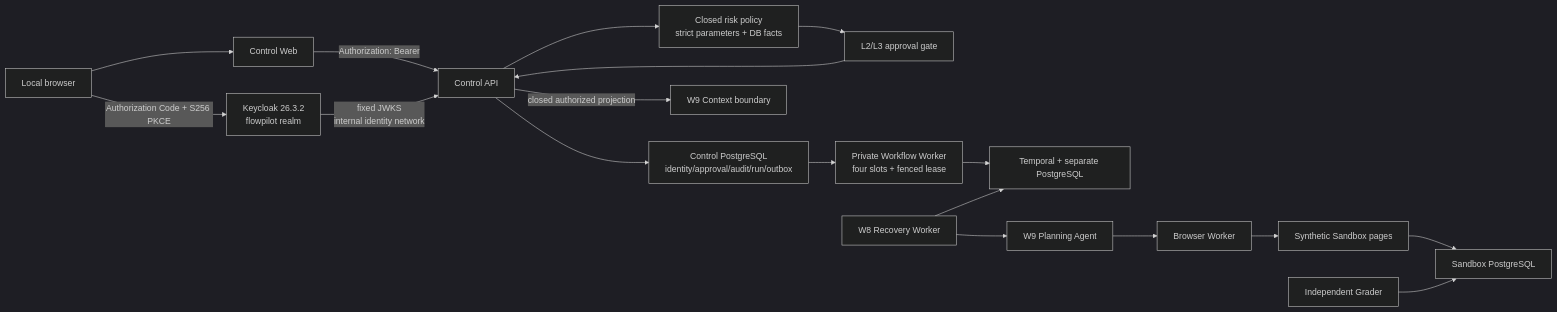
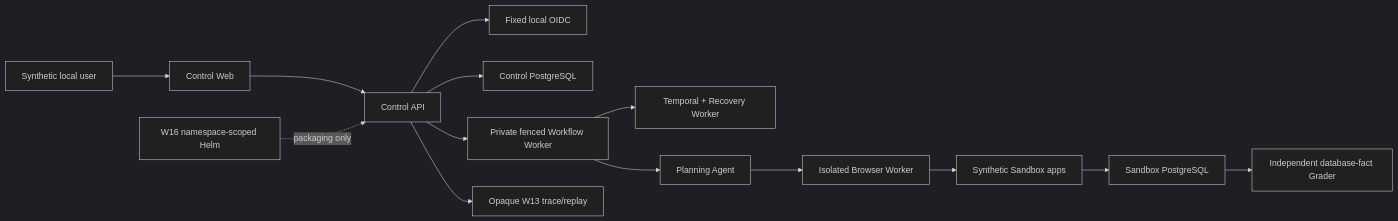
One commit to taka-wzx/flowpilot-arena changed the diagram in docs/architecture.md. Above: the diagram before and after it, drawn with Mermaid (dark theme). The commit also changed other lines of this file and 30 other files, not shown here.

```diff
--- a/docs/architecture.md
+++ b/docs/architecture.md
@@ -15,20 +7,16 @@
 ~~~mermaid
 flowchart LR
-    Human["Local browser"] -->|"Authorization Code + S256 PKCE"| KC["Keycloak 26.3.2\nflowpilot realm"]
-    Human --> CW["Control Web"]
-    CW -->|"Authorization: Bearer"| CA["Control API"]
-    KC -->|"fixed JWKS\ninternal identity network"| CA
-    CA --> Risk["Closed risk policy\nstrict parameters + DB facts"]
-    Risk --> Approval["L2/L3 approval gate"]
-    Approval --> CA
-    CA --> CPDB["Control PostgreSQL\nidentity/approval/audit/run/outbox"]
-    CPDB --> WW["Private Workflow Worker\nfour slots + fenced lease"]
-    WW --> Temporal["Temporal + separate PostgreSQL"]
-    CA -->|"closed authorized projection"| Context["W9 Context boundary"]
-    Recovery["W8 Recovery Worker"] --> Planning["W9 Planning Agent"]
-    Planning --> Browser["Browser Worker"]
-    Browser --> Web["Synthetic Sandbox pages"]
-    Web --> SDB["Sandbox PostgreSQL"]
-    Grader["Independent Grader"] --> SDB
-    Recovery --> Temporal
+  User["Synthetic local user"] --> ControlWeb["Control Web"]
+  ControlWeb --> ControlAPI["Control API"]
+  ControlAPI --> Identity["Fixed local OIDC"]
+  ControlAPI --> ControlDB["Control PostgreSQL"]
+  ControlAPI --> Worker["Private fenced Workflow Worker"]
+  Worker --> Temporal["Temporal + Recovery Worker"]
+  Worker --> Planner["Planning Agent"]
+  Planner --> Browser["Isolated Browser Worker"]
+  Browser --> Sandbox["Synthetic Sandbox apps"]
+  Sandbox --> SandboxDB["Sandbox PostgreSQL"]
+  SandboxDB --> Grader["Independent database-fact Grader"]
+  ControlAPI --> Trace["Opaque W13 trace/replay"]
+  Helm["W16 namespace-scoped Helm"] -. packaging only .-> ControlAPI
 ~~~
```
